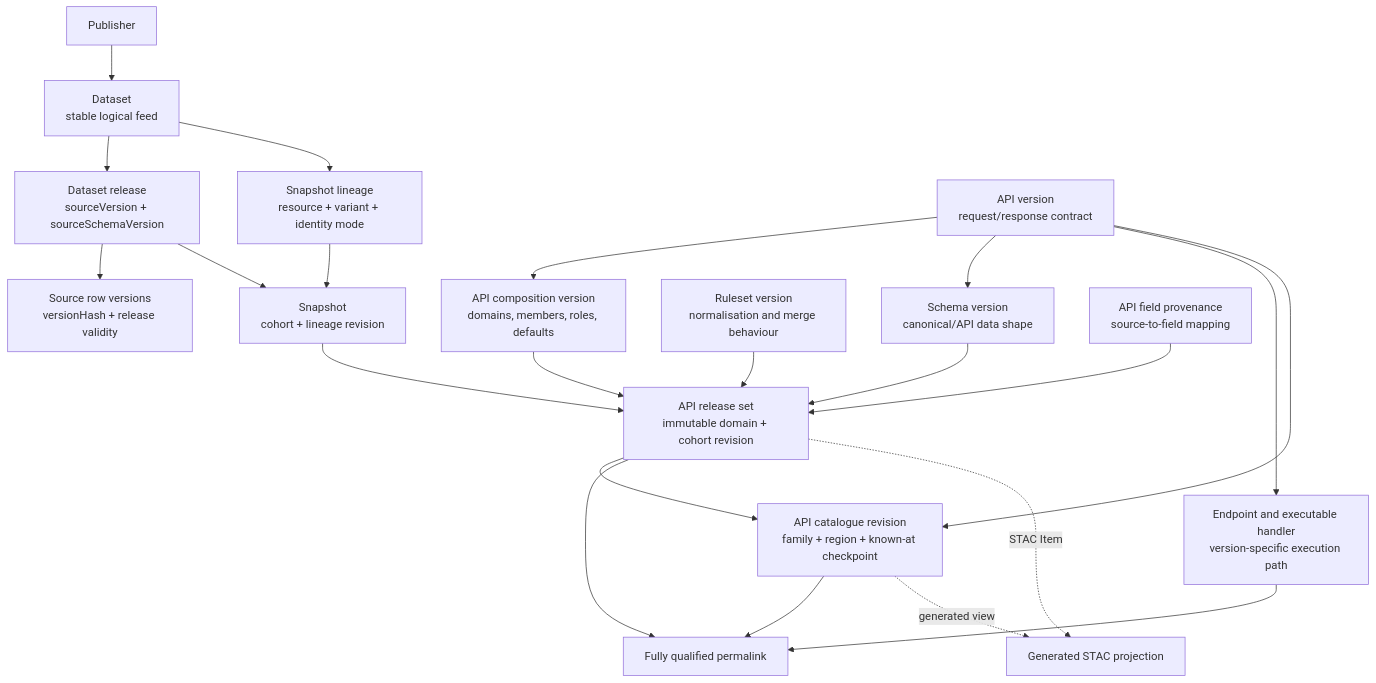
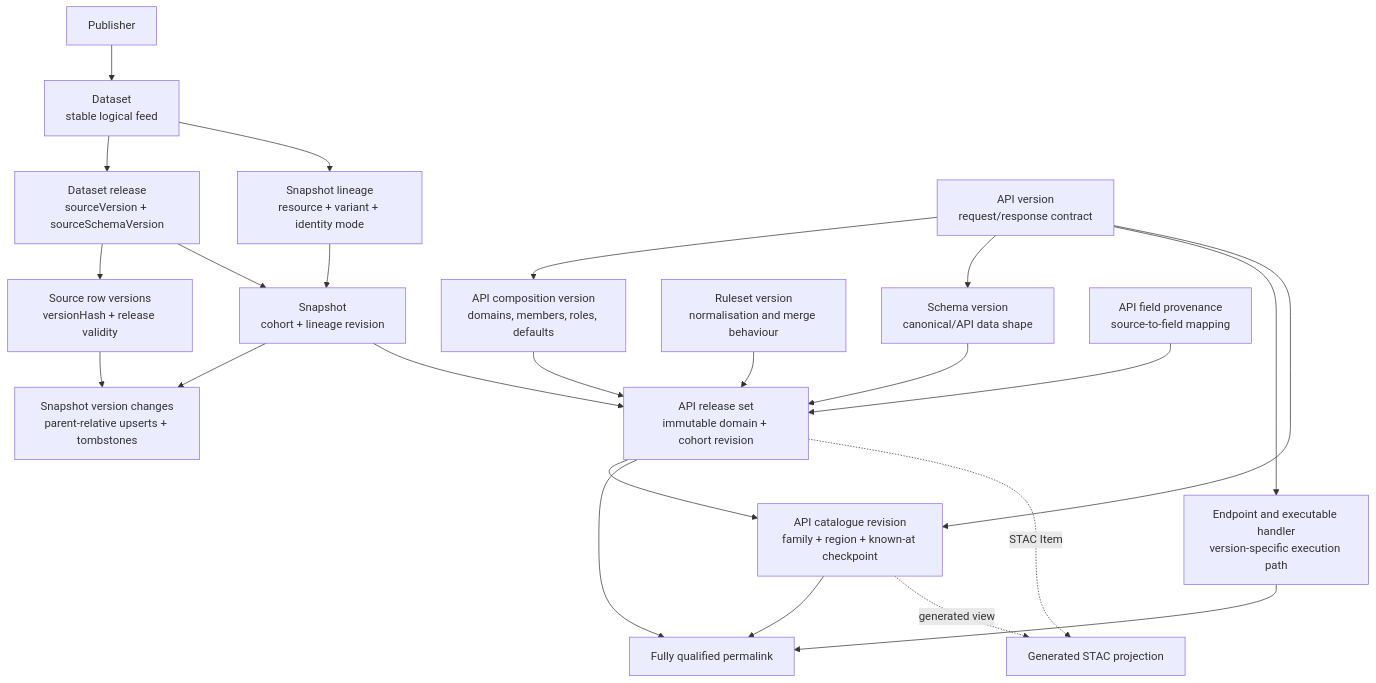
The first of 2 diagrams in docs/versioning.md (saanseoi/saanseoi), drawn with Mermaid before and after one commit. The commit also changed other lines of this file and 6 other files, not shown here.

````diff
--- a/docs/versioning.md
+++ b/docs/versioning.md
@@ -58,41 +58,44 @@
 ```mermaid
 flowchart TD
   Publisher[Publisher]
   Dataset[Dataset<br/>stable logical feed]
   Release[Dataset release<br/>sourceVersion + sourceSchemaVersion]
   SourceRows[Source row versions<br/>versionHash + release validity]
   Lineage[Snapshot lineage<br/>resource + variant + identity mode]
   Snapshot[Snapshot<br/>cohort + lineage revision]
+  Changes[Snapshot version changes<br/>parent-relative upserts + tombstones]
   Schema[Schema version<br/>canonical/API data shape]
   Ruleset[Ruleset version<br/>normalisation and merge behaviour]
   Composition[API composition version<br/>domains, members, roles, defaults]
   DomainRelease[API release set<br/>immutable domain + cohort revision]
   FieldMap[API field provenance<br/>source-to-field mapping]
   Catalog[API catalogue revision<br/>family + region + known-at checkpoint]
   ApiVersion[API version<br/>request/response contract]
   Endpoint[Endpoint and executable handler<br/>version-specific execution path]
   Permalink[Fully qualified permalink]
   Stac[Generated STAC projection]
 
   Publisher --> Dataset
   Dataset --> Release
   Release --> SourceRows
   Dataset --> Lineage
   Release --> Snapshot
   Lineage --> Snapshot
+  Snapshot --> Changes
+  SourceRows --> Changes
   ApiVersion --> Composition
   ApiVersion --> Schema
   ApiVersion --> Endpoint
   Composition --> DomainRelease
   Snapshot --> DomainRelease
   Schema --> DomainRelease
   Ruleset --> DomainRelease
   FieldMap --> DomainRelease
   DomainRelease --> Catalog
   ApiVersion --> Catalog
   Catalog --> Permalink
   DomainRelease --> Permalink
   Endpoint --> Permalink
   Catalog -. generated view .-> Stac
   DomainRelease -. STAC Item .-> Stac
 ```
````
